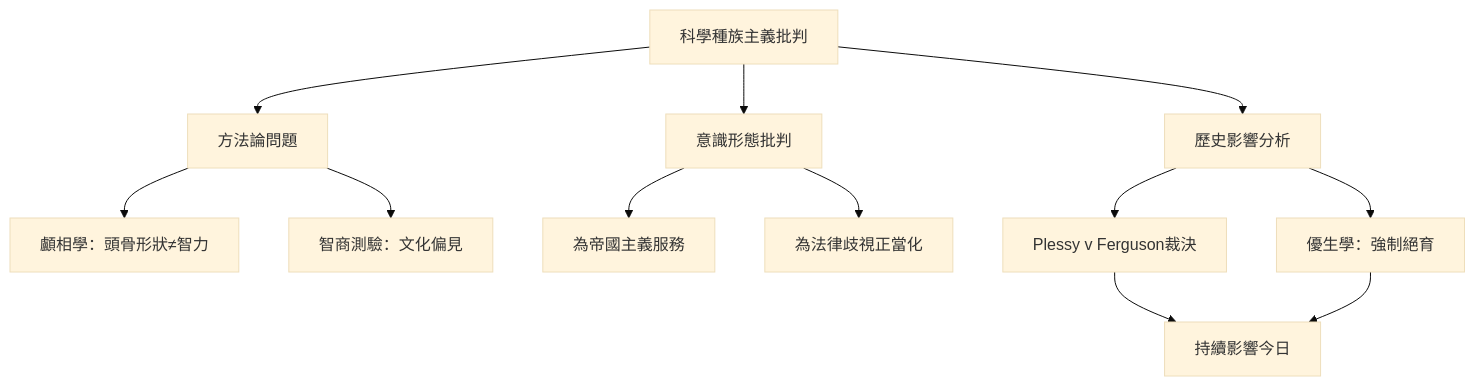
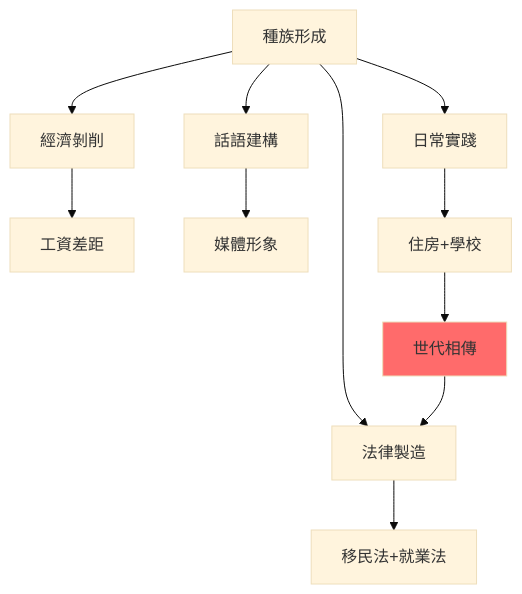
One commit to yip-lgtm/HKU-Harvard-History-Self-Study changed the seventh of 10 diagrams in 01_HKU_Courses/HIST2161_Making_Race.md. Above: the diagram before and after it, drawn with Mermaid (base theme). The commit also changed other lines of this file and 7 other files, not shown here.

````diff
--- a/01_HKU_Courses/HIST2161_Making_Race.md
+++ b/01_HKU_Courses/HIST2161_Making_Race.md
@@ -243,14 +295,14 @@
 ```mermaid
 graph TD
-    A["科學種族主義批判"] --> B["方法論問題"]
-    A --> C["意識形態批判"]
-    A --> D["歷史影響分析"]
-    B --> B1["顱相學：頭骨形狀≠智力"]
-    B --> B2["智商測驗：文化偏見"]
-    C --> C1["為帝國主義服務"]
-    C --> C2["為法律歧視正當化"]
-    D --> D1["Plessy v Ferguson裁決"]
-    D --> D2["優生學：強制絕育"]
-    D1 --> E["持續影響今日"]
-    D2 --> E
+    A["種族形成"] --> B["法律製造"]
+    A --> C["經濟剝削"]
+    A --> D["話語建構"]
+    A --> E["日常實踐"]
+    B --> F["移民法+就業法"]
+    C --> G["工資差距"]
+    D --> H["媒體形象"]
+    E --> I["住房+學校"]
+    I --> J["世代相傳"]
+    J --> B
+    style J fill:#FF6B6B
 ```
````
